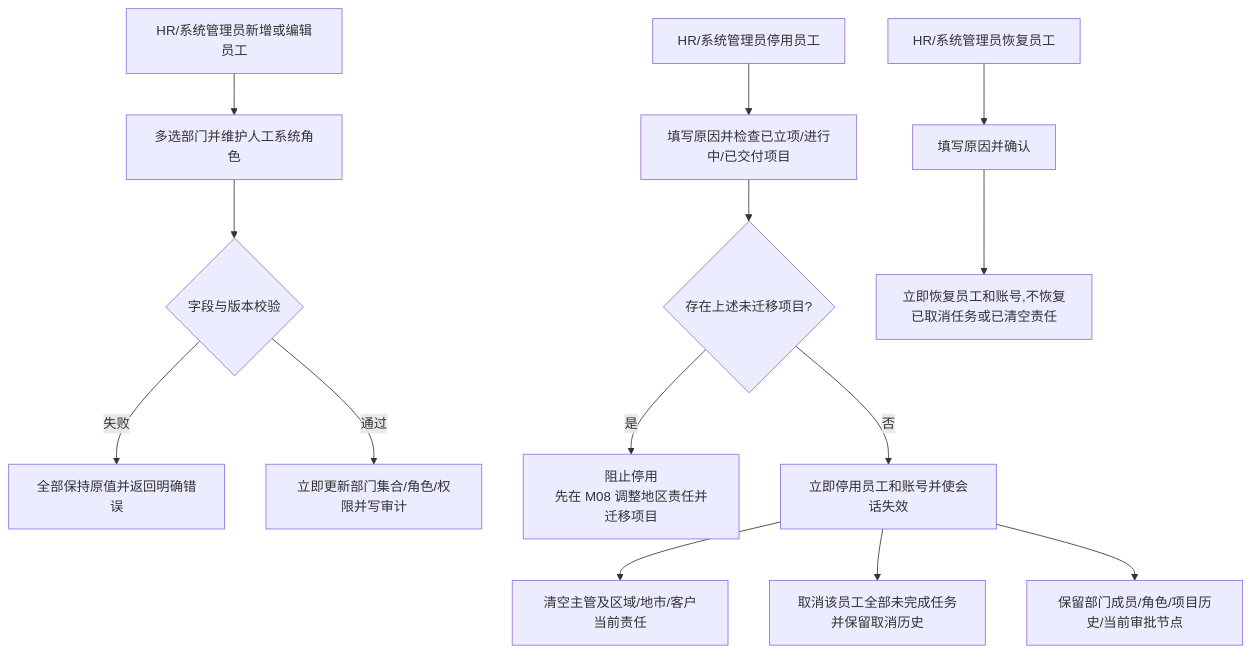
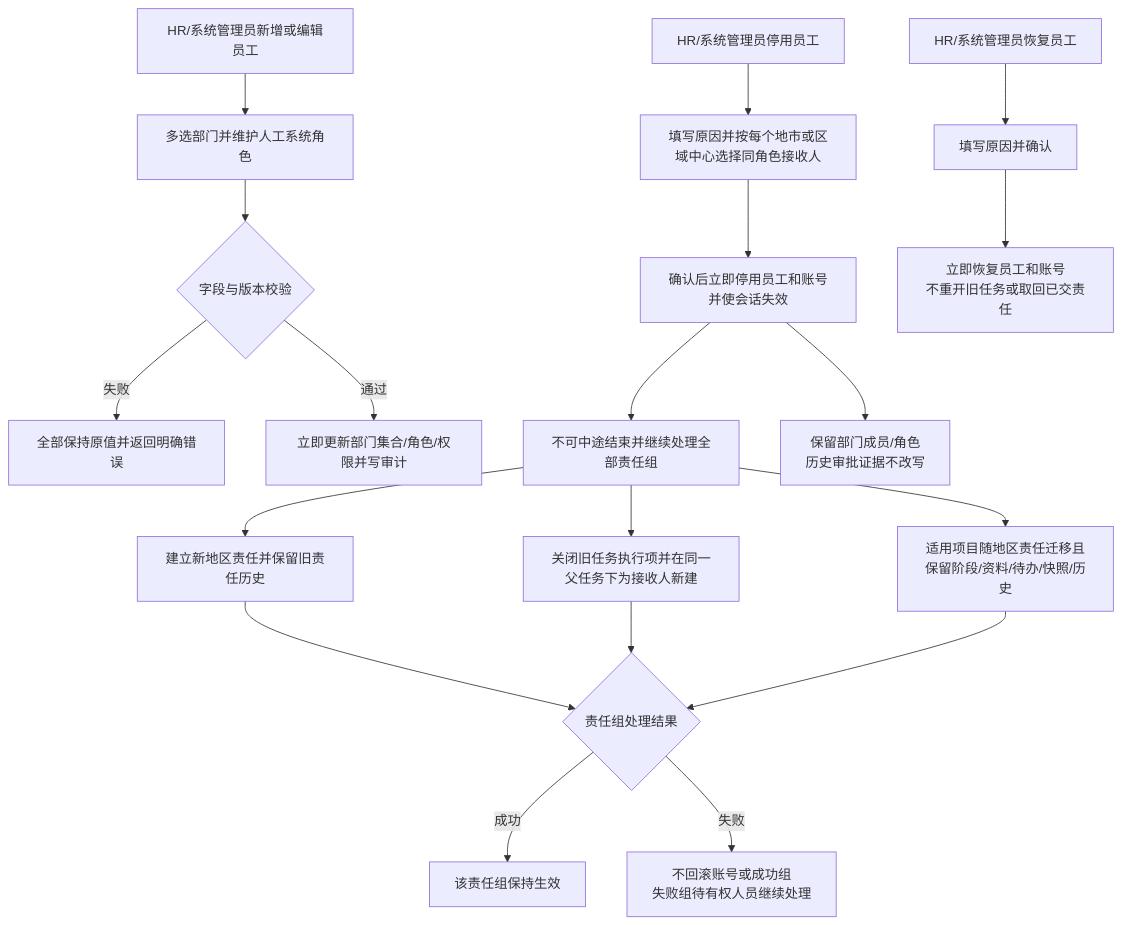
One commit to Joker-1030/Yingjia-Internal-Management-System changed the diagram in prd-workspace/current/user-flows/FLOW-14-M06-employee-change-and-deactivation.md. Above: the diagram before and after it, drawn with Mermaid. The commit also changed other lines of this file and 95 other files, not shown here.

````diff
--- a/prd-workspace/current/user-flows/FLOW-14-M06-employee-change-and-deactivation.md
+++ b/prd-workspace/current/user-flows/FLOW-14-M06-employee-change-and-deactivation.md
@@ -8,16 +8,21 @@
 ```mermaid
 flowchart TD
     A[HR/系统管理员新增或编辑员工] --> B[多选部门并维护人工系统角色]
     B --> C{字段与版本校验}
     C -- 失败 --> D[全部保持原值并返回明确错误]
     C -- 通过 --> E[立即更新部门集合/角色/权限并写审计]
-    F[HR/系统管理员停用员工] --> G[填写原因并检查已立项/进行中/已交付项目]
-    G --> G1{存在上述未迁移项目?}
-    G1 -- 是 --> G2[阻止停用<br/>先在 M08 调整地区责任并迁移项目]
-    G1 -- 否 --> H[立即停用员工和账号并使会话失效]
-    H --> I[清空主管及区域/地市/客户当前责任]
-    H --> J[取消该员工全部未完成任务并保留取消历史]
-    H --> K[保留部门成员/角色/项目历史/当前审批节点]
-    L[HR/系统管理员恢复员工] --> M[填写原因并确认]
-    M --> N[立即恢复员工和账号,不恢复已取消任务或已清空责任]
+    F[HR/系统管理员停用员工] --> G[填写原因并按每个地市或区域中心选择同角色接收人]
+    G --> H[确认后立即停用员工和账号并使会话失效]
+    H --> I[不可中途结束并继续处理全部责任组]
+    I --> J[建立新地区责任并保留旧责任历史]
+    I --> K[关闭旧任务执行项并在同一父任务下为接收人新建]
+    I --> K1[适用项目随地区责任迁移且保留阶段/资料/待办/快照/历史]
+    J --> L1{责任组处理结果}
+    K --> L1
+    K1 --> L1
+    L1 -- 成功 --> L2[该责任组保持生效]
+    L1 -- 失败 --> L3[不回滚账号或成功组<br/>失败组待有权人员继续处理]
+    H --> K2[保留部门成员/角色<br/>历史审批证据不改写]
+    M[HR/系统管理员恢复员工] --> N[填写原因并确认]
+    N --> O[立即恢复员工和账号<br/>不重开旧任务或取回已交责任]
 ```
````
